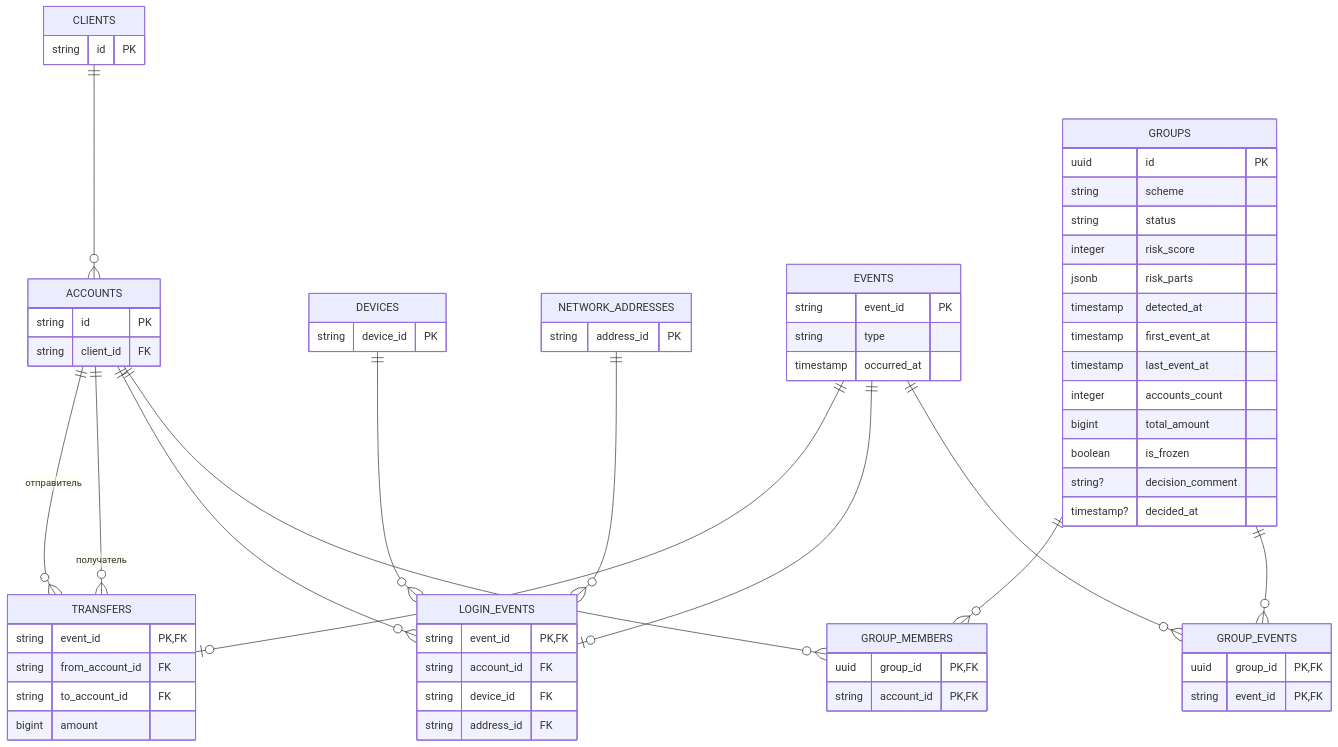
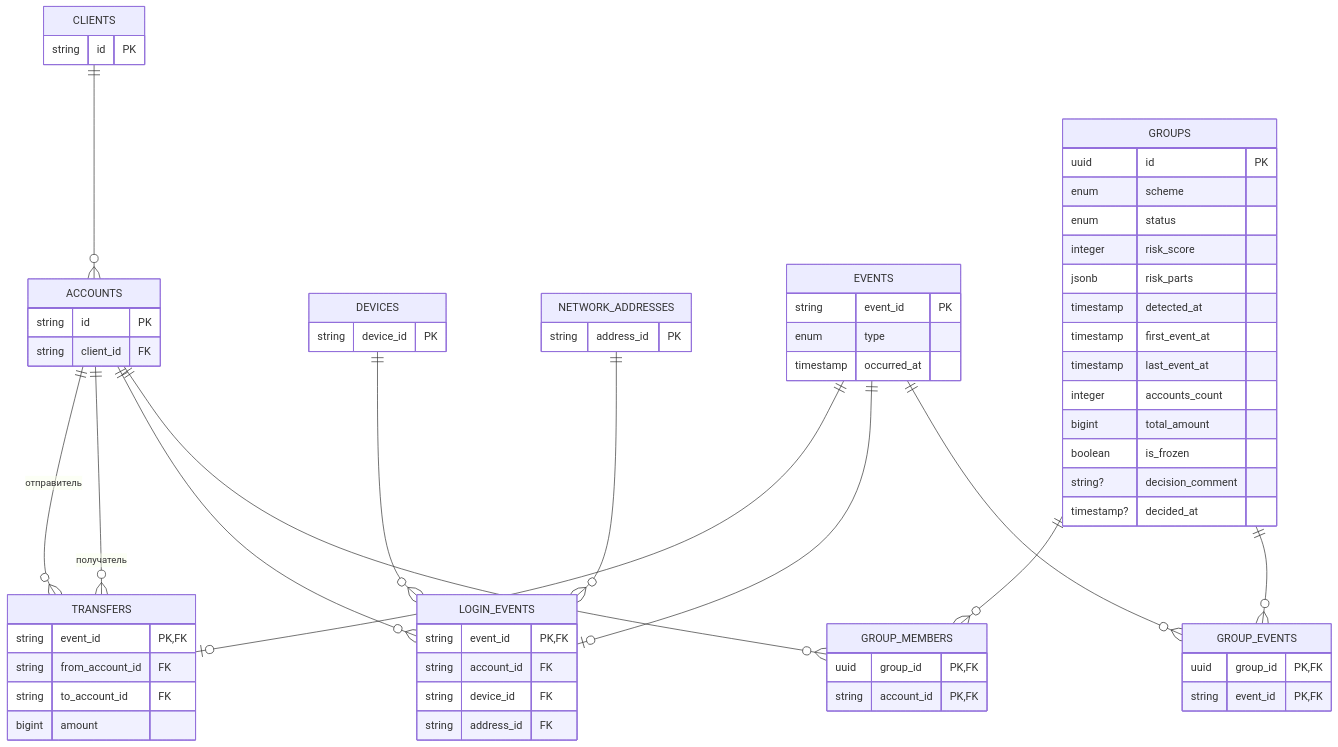
The diagram in docs/entities.md (feytox/shugraph), drawn with Mermaid before and after one commit. The commit also changed other lines of this file, not shown here.

Commit message:
[GSD-18] docs: keep enum wording for codes in entities

````diff
--- a/docs/entities.md
+++ b/docs/entities.md
@@ -5,68 +5,68 @@
 ```mermaid
 erDiagram
     CLIENTS {
         string id PK
     }
     ACCOUNTS {
         string id PK
         string client_id FK
     }
     DEVICES {
         string device_id PK
     }
     NETWORK_ADDRESSES {
         string address_id PK
     }
     EVENTS {
         string event_id PK
-        string type
+        enum type
         timestamp occurred_at
     }
     TRANSFERS {
         string event_id PK, FK
         string from_account_id FK
         string to_account_id FK
         bigint amount
     }
     LOGIN_EVENTS {
         string event_id PK, FK
         string account_id FK
         string device_id FK
         string address_id FK
     }
     GROUPS {
         uuid id PK
-        string scheme
-        string status
+        enum scheme
+        enum status
         integer risk_score
         jsonb risk_parts
         timestamp detected_at
         timestamp first_event_at
         timestamp last_event_at
         integer accounts_count
         bigint total_amount
         boolean is_frozen
         string? decision_comment
         timestamp? decided_at
     }
     GROUP_MEMBERS {
         uuid group_id PK, FK
         string account_id PK, FK
     }
     GROUP_EVENTS {
         uuid group_id PK, FK
         string event_id PK, FK
     }
     CLIENTS ||--o{ ACCOUNTS : " "
     ACCOUNTS ||--o{ TRANSFERS : "отправитель"
     ACCOUNTS ||--o{ TRANSFERS : "получатель"
     EVENTS ||--o| TRANSFERS : " "
     EVENTS ||--o| LOGIN_EVENTS : " "
     ACCOUNTS ||--o{ LOGIN_EVENTS : " "
     DEVICES ||--o{ LOGIN_EVENTS : " "
     NETWORK_ADDRESSES ||--o{ LOGIN_EVENTS : " "
     GROUPS ||--o{ GROUP_MEMBERS : " "
     ACCOUNTS ||--o{ GROUP_MEMBERS : " "
     GROUPS ||--o{ GROUP_EVENTS : " "
     EVENTS ||--o{ GROUP_EVENTS : " "
 ```
````
